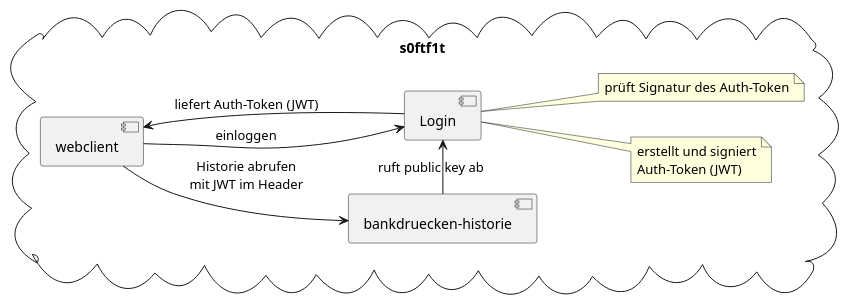
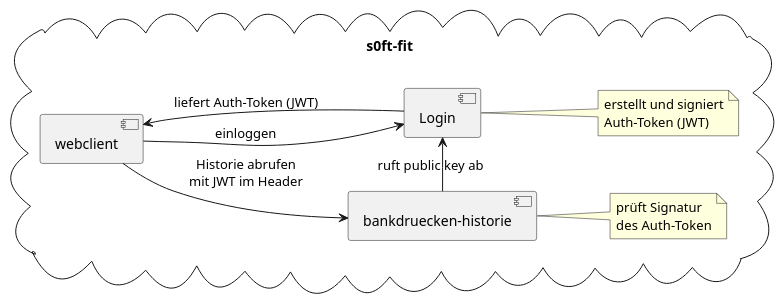
The fifth of 5 diagrams in 2_JWT.md (gaerfield/2021-08-oauth2-talk), drawn with PlantUML before and after one commit. The commit also changed other lines of this file and 1 other file, not shown here.

````diff
--- a/2_JWT.md
+++ b/2_JWT.md
@@ -123,25 +126,26 @@
 ```puml
 left to right direction
 
-cloud "s0ftf1t" {
+cloud "s0ft-fit" {
   component Login
   note right of [Login]
     erstellt und signiert
     Auth-Token (JWT)
   end note
   component "bankdruecken-historie" as his
-  note right of [Login]
-    prüft Signatur des Auth-Token
+  note right of [his]
+    prüft Signatur
+    des Auth-Token
   end note
   component webclient
 
   webclient --> Login: einloggen
   webclient --> his : Historie abrufen\nmit JWT im Header
   webclient <-- Login : liefert Auth-Token (JWT)
 
   his -> Login : ruft public key ab
 }
 
 
 
 ```
````
